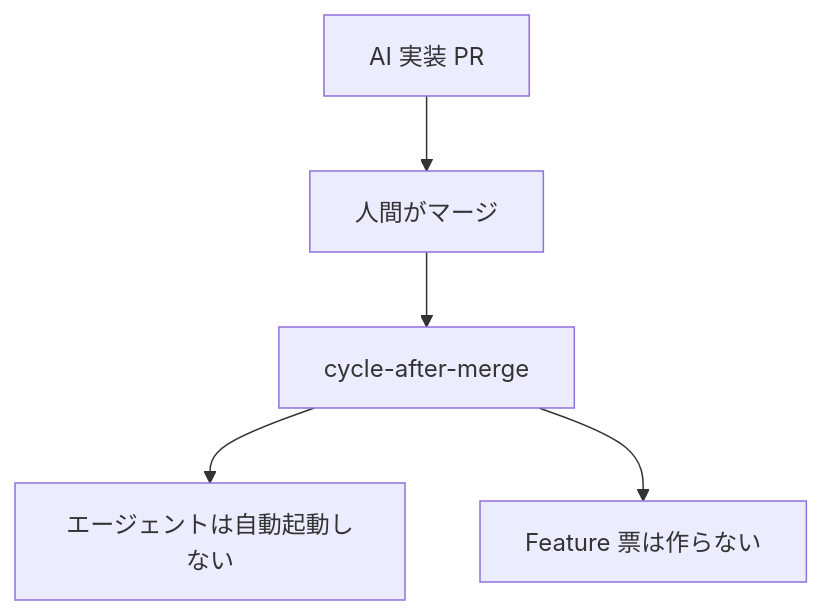
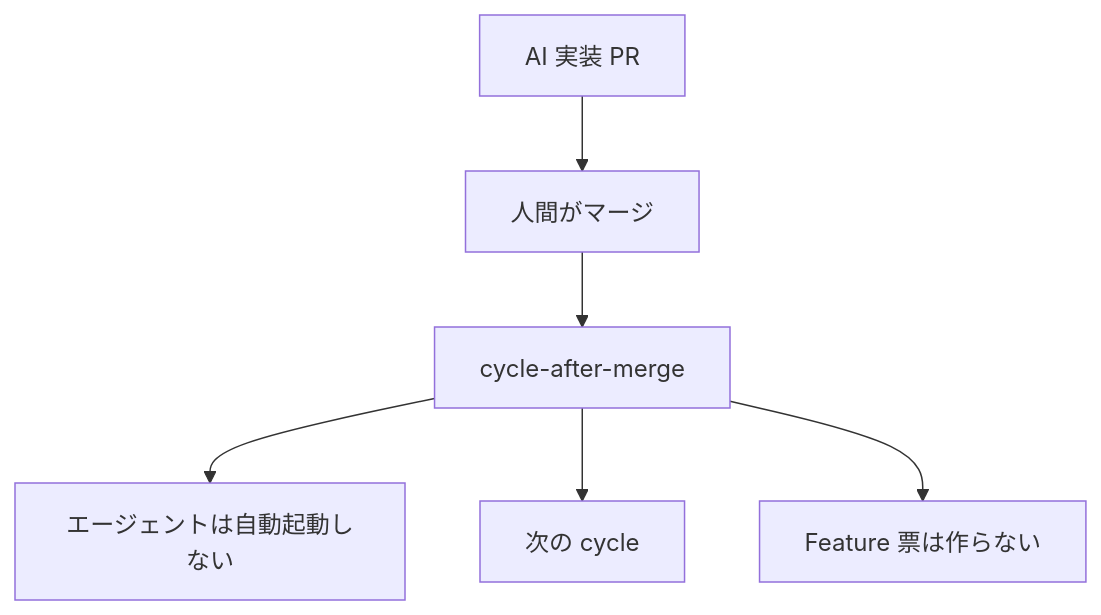
One commit to marumo333/marumo333-cursor-harness changed the fourth of 4 diagrams in README.md. Above: the diagram before and after it, drawn with Mermaid. The commit also changed other lines of this file and 47 other files, not shown here.

````diff
--- a/README.md
+++ b/README.md
@@ -179,7 +179,8 @@
 ```mermaid
 flowchart TD
   AIPR["AI 実装 PR"] --> Merge1["人間がマージ"]
   Merge1 --> CAM["cycle-after-merge"]
   CAM --> Stop["エージェントは自動起動しない"]
+  CAM --> Next["次の cycle"]
   CAM --> NoFeat["Feature 票は作らない"]
 ```
````
